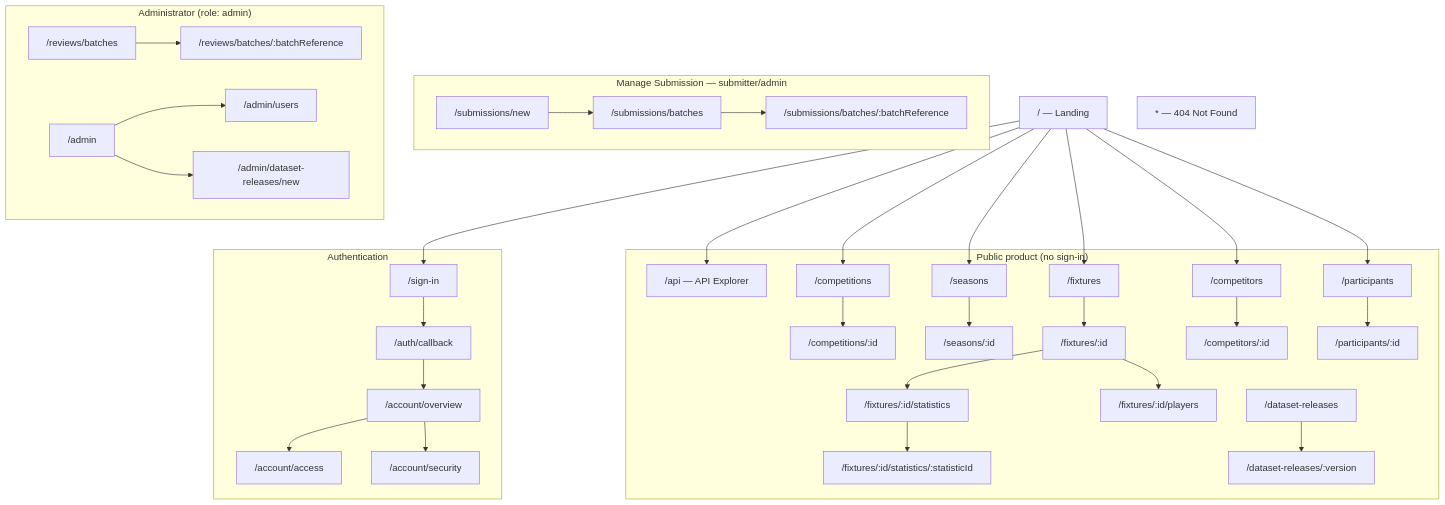
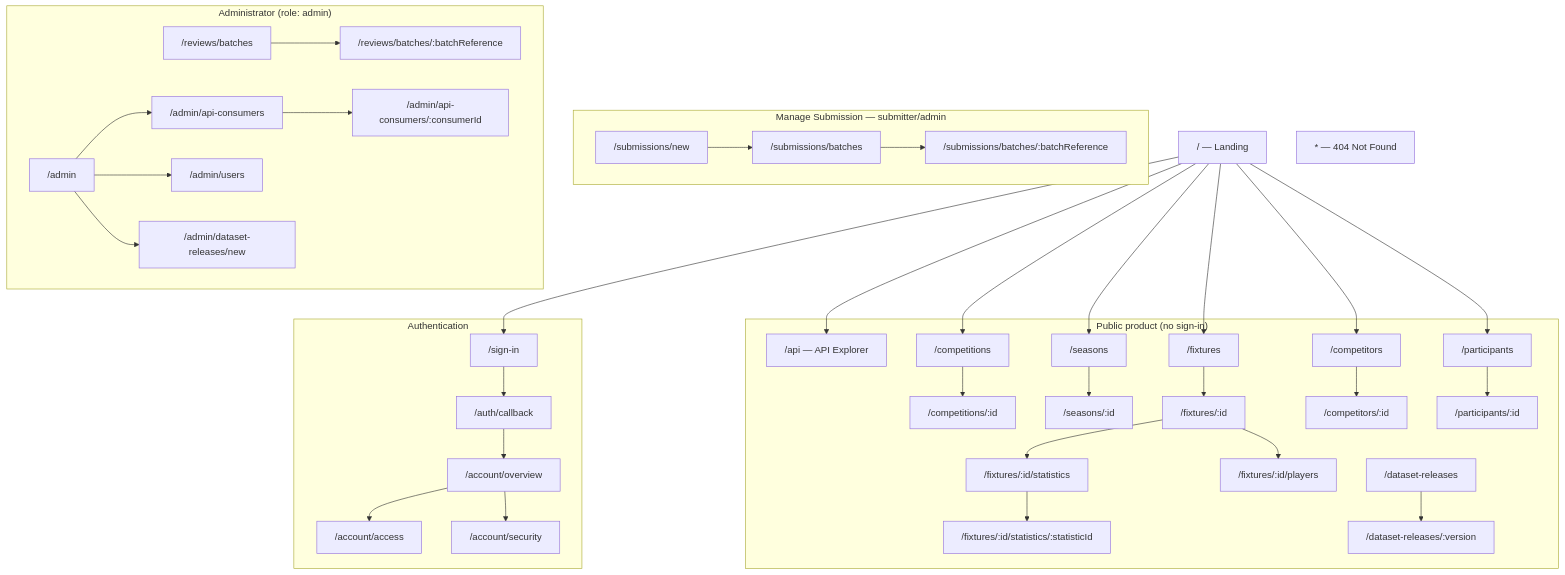
One commit to NadavSundy/Sport-Analytics-Tool changed the first of 6 diagrams in docs/design/information-architecture-and-wireframes.md. Above: the diagram before and after it, drawn with Mermaid. The commit also changed other lines of this file and 13 other files, not shown here.

First line of the commit message:
feat(admin): add API consumer management

````diff
--- a/docs/design/information-architecture-and-wireframes.md
+++ b/docs/design/information-architecture-and-wireframes.md
@@ -42,48 +42,50 @@
 ```mermaid
 flowchart TD
     Home["/ — Landing"]
 
     subgraph Public["Public product (no sign-in)"]
         Api["/api — API Explorer"]
         Competitions["/competitions"] --> CompetitionDetail["/competitions/:id"]
         Seasons["/seasons"] --> SeasonDetail["/seasons/:id"]
         Fixtures["/fixtures"] --> FixtureDetail["/fixtures/:id"]
         FixtureDetail --> FixtureStats["/fixtures/:id/statistics"]
         FixtureDetail --> FixturePlayers["/fixtures/:id/players"]
         FixtureStats --> FixtureStatDetail["/fixtures/:id/statistics/:statisticId"]
         Competitors["/competitors"] --> CompetitorDetail["/competitors/:id"]
         Participants["/participants"] --> ParticipantDetail["/participants/:id"]
         Releases["/dataset-releases"] --> ReleaseDetail["/dataset-releases/:version"]
     end
 
     subgraph Auth["Authentication"]
         SignIn["/sign-in"] --> Callback["/auth/callback"]
         Callback --> Account["/account/overview"]
         Account --> AccountAccess["/account/access"]
         Account --> AccountSecurity["/account/security"]
     end
 
     subgraph Submitter["Manage Submission — submitter/admin"]
         Submit["/submissions/new"]
         SubmissionHistory["/submissions/batches"] --> SubmissionReport["/submissions/batches/:batchReference"]
     end
 
     subgraph Admin["Administrator (role: admin)"]
         ReviewQueue["/reviews/batches"] --> ReviewDetail["/reviews/batches/:batchReference"]
         Administration["/admin"]
         AdminUsers["/admin/users"]
+        AdminConsumers["/admin/api-consumers"] --> AdminConsumerDetail["/admin/api-consumers/:consumerId"]
         PublishRelease["/admin/dataset-releases/new"]
         Administration --> AdminUsers
+        Administration --> AdminConsumers
         Administration --> PublishRelease
     end
 
     Home --> Competitions
     Home --> Fixtures
     Home --> Seasons
     Home --> Competitors
     Home --> Participants
     Home --> SignIn
     Home --> Api
     Submit --> SubmissionHistory
     NotFound["* — 404 Not Found"]
 ```
````
